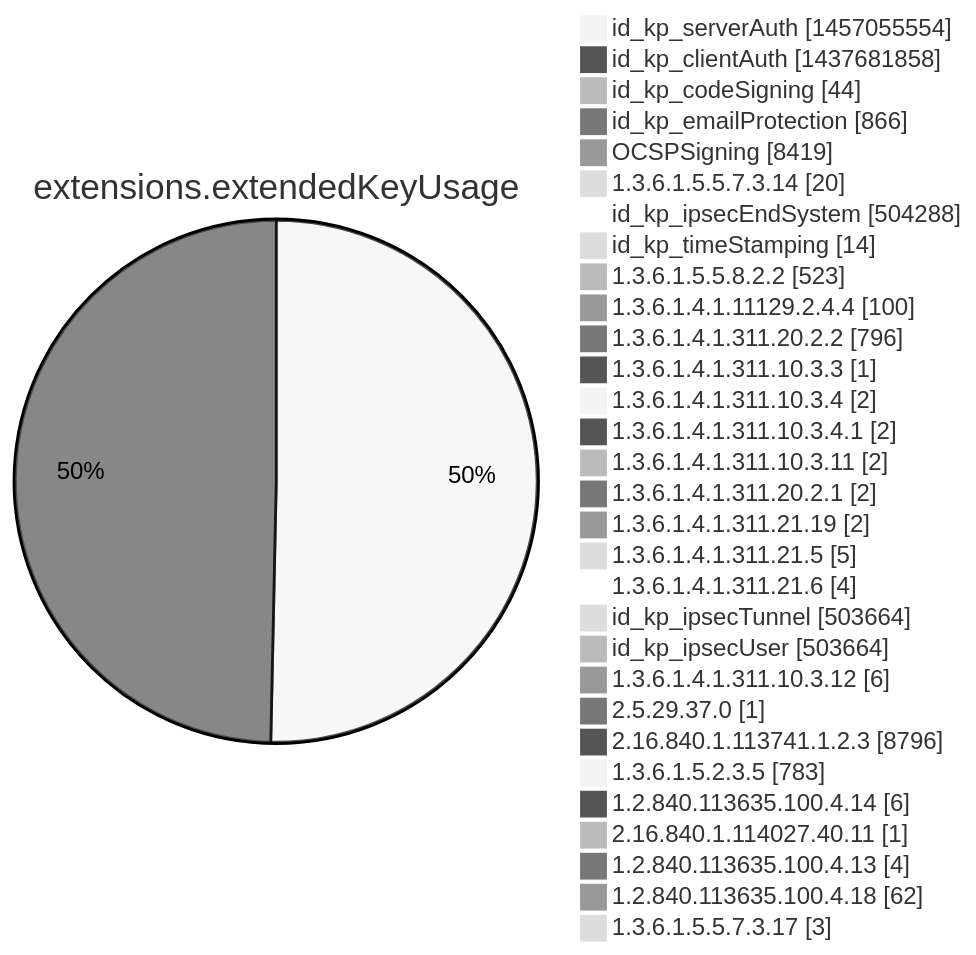
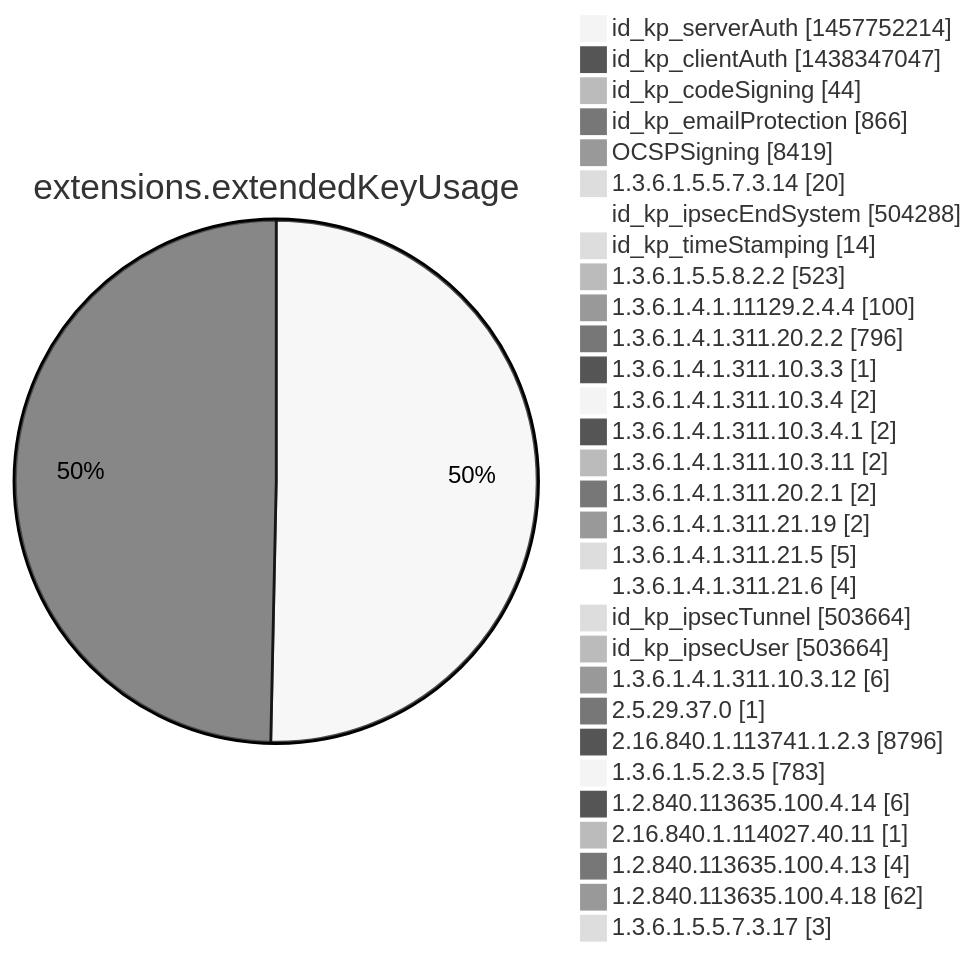
One commit to christiankrug/ctmonitor_visualization changed diagram 12 of 15 in argon2022/README.md. Above: the diagram before and after it, drawn with Mermaid (neutral theme). The commit also changed other lines of this file, not shown here.

````diff
--- a/argon2022/README.md
+++ b/argon2022/README.md
@@ -3555,34 +3555,34 @@
 ```mermaid
 pie showData
 title extensions.extendedKeyUsage
-"id_kp_serverAuth" :1457055554
-"id_kp_clientAuth" :1437681858
+"id_kp_serverAuth" :1457752214
+"id_kp_clientAuth" :1438347047
 "id_kp_codeSigning" :44
 "id_kp_emailProtection" :866
 "OCSPSigning" :8419
 "1.3.6.1.5.5.7.3.14" :20
 "id_kp_ipsecEndSystem" :504288
 "id_kp_timeStamping" :14
 "1.3.6.1.5.5.8.2.2" :523
 "1.3.6.1.4.1.11129.2.4.4" :100
 "1.3.6.1.4.1.311.20.2.2" :796
 "1.3.6.1.4.1.311.10.3.3" :1
 "1.3.6.1.4.1.311.10.3.4" :2
 "1.3.6.1.4.1.311.10.3.4.1" :2
 "1.3.6.1.4.1.311.10.3.11" :2
 "1.3.6.1.4.1.311.20.2.1" :2
 "1.3.6.1.4.1.311.21.19" :2
 "1.3.6.1.4.1.311.21.5" :5
 "1.3.6.1.4.1.311.21.6" :4
 "id_kp_ipsecTunnel" :503664
 "id_kp_ipsecUser" :503664
 "1.3.6.1.4.1.311.10.3.12" :6
 "2.5.29.37.0" :1
 "2.16.840.1.113741.1.2.3" :8796
 "1.3.6.1.5.2.3.5" :783
 "1.2.840.113635.100.4.14" :6
 "2.16.840.1.114027.40.11" :1
 "1.2.840.113635.100.4.13" :4
 "1.2.840.113635.100.4.18" :62
 "1.3.6.1.5.5.7.3.17" :3
 ```
````
